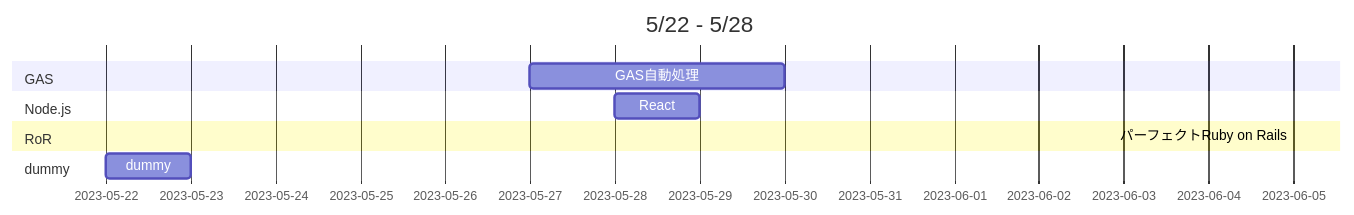
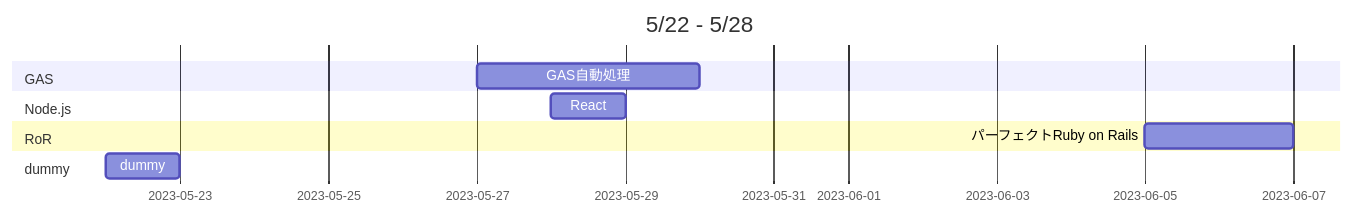
The first of 6 diagrams in test_data/GANTT7.md (ykominami/gantt2), drawn with Mermaid before and after one commit.

Commit message:
GitHub Actions から差分を Push

````diff
--- a/test_data/GANTT7.md
+++ b/test_data/GANTT7.md
@@ -1,12 +1,12 @@
 ```mermaid
 gantt
     title 5/22 - 5/28
     section GAS
     GAS自動処理: , 2023-05-27, 3d
     section Node.js
     React: , 2023-05-28, 1d
     section RoR
-    パーフェクトRuby on Rails: , 2023-06-05, -7d
+    パーフェクトRuby on Rails: , 2023-06-05, 2d
     section dummy
     dummy: , 2023-05-22, 1d
 ```
````
